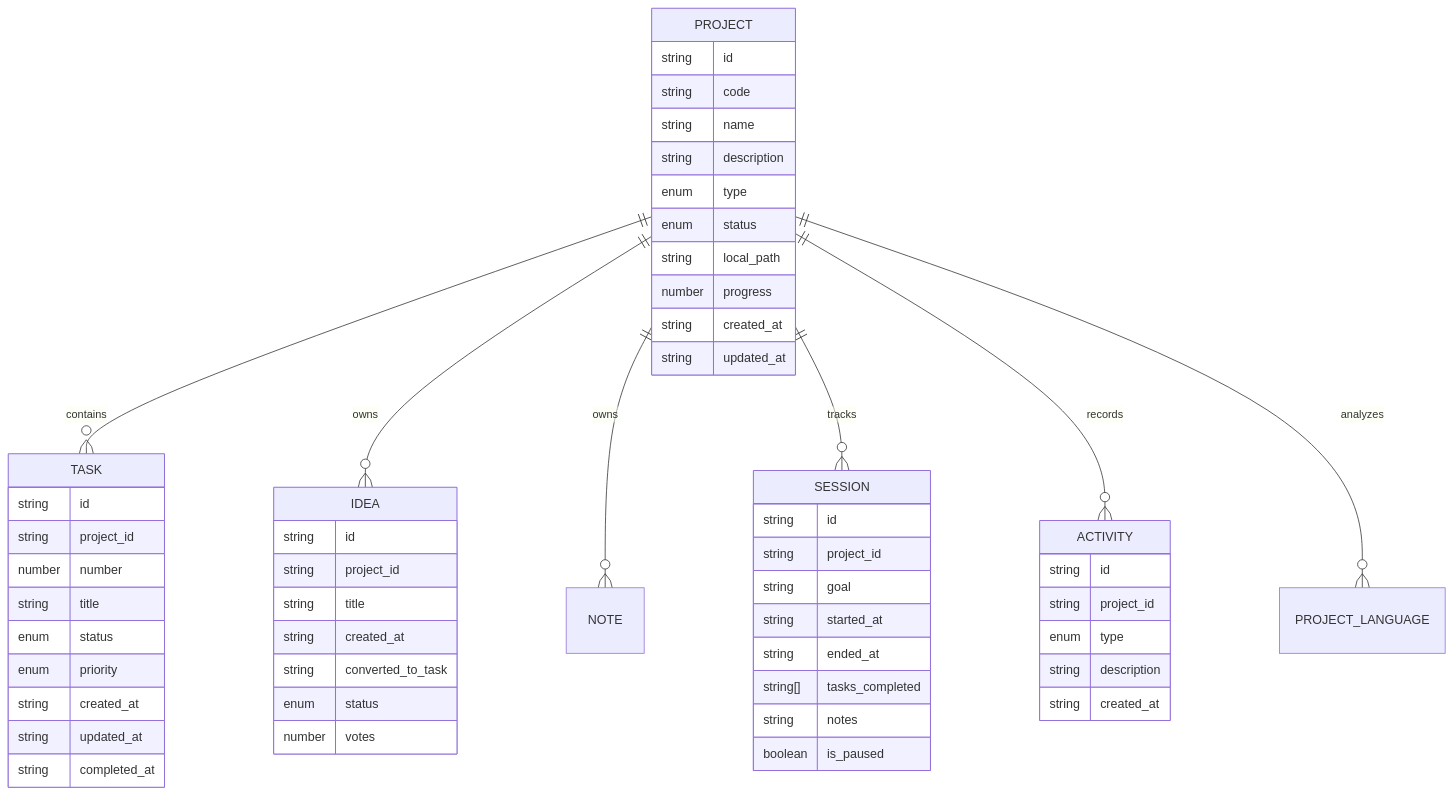
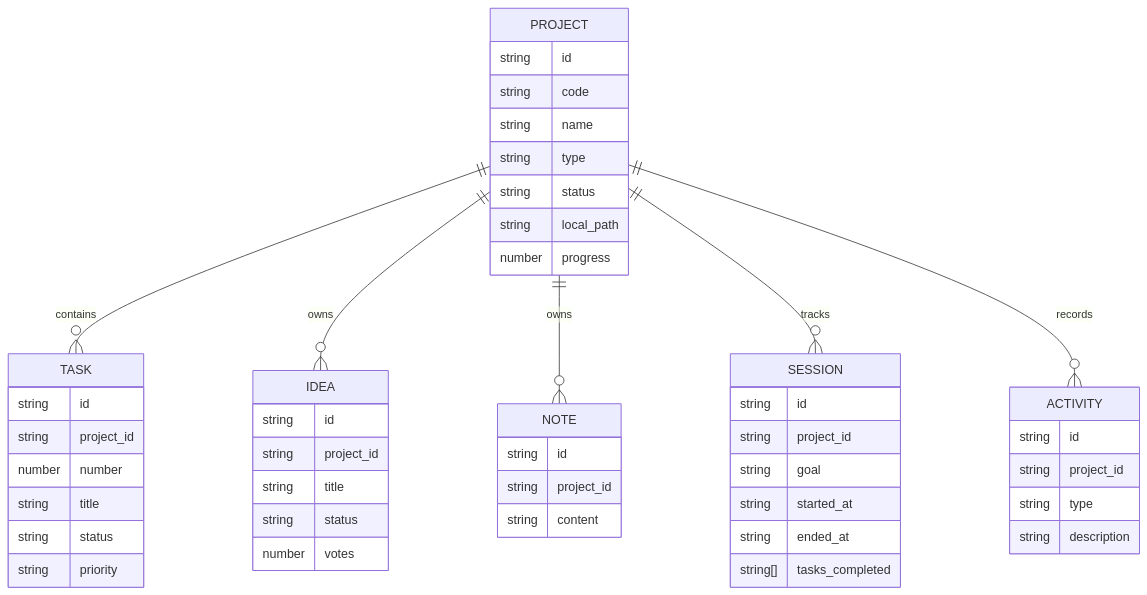
Before and after one commit to ask444d/vibeboard: the first of 4 diagrams in README.md, drawn with Mermaid. The commit also changed other lines of this file, not shown here.

Commit message:
Simplify and clean the README architecture section for readability

````diff
--- a/README.md
+++ b/README.md
@@ -108,63 +106,57 @@
 ```mermaid
 erDiagram
   PROJECT ||--o{ TASK : contains
   PROJECT ||--o{ IDEA : owns
   PROJECT ||--o{ NOTE : owns
   PROJECT ||--o{ SESSION : tracks
   PROJECT ||--o{ ACTIVITY : records
-  PROJECT ||--o{ PROJECT_LANGUAGE : analyzes
 
   PROJECT {
     string id
     string code
     string name
-    string description
-    enum type
-    enum status
+    string type
+    string status
     string local_path
     number progress
-    string created_at
-    string updated_at
   }
 
   TASK {
     string id
     string project_id
     number number
     string title
-    enum status
-    enum priority
-    string created_at
-    string updated_at
-    string completed_at
+    string status
+    string priority
   }
 
   IDEA {
     string id
     string project_id
     string title
-    string created_at
-    string converted_to_task
-    enum status
+    string status
     number votes
+  }
+
+  NOTE {
+    string id
+    string project_id
+    string content
   }
 
   SESSION {
     string id
     string project_id
     string goal
     string started_at
     string ended_at
     string[] tasks_completed
-    string notes
-    boolean is_paused
   }
 
   ACTIVITY {
     string id
     string project_id
-    enum type
+    string type
     string description
-    string created_at
   }
 ```
````
